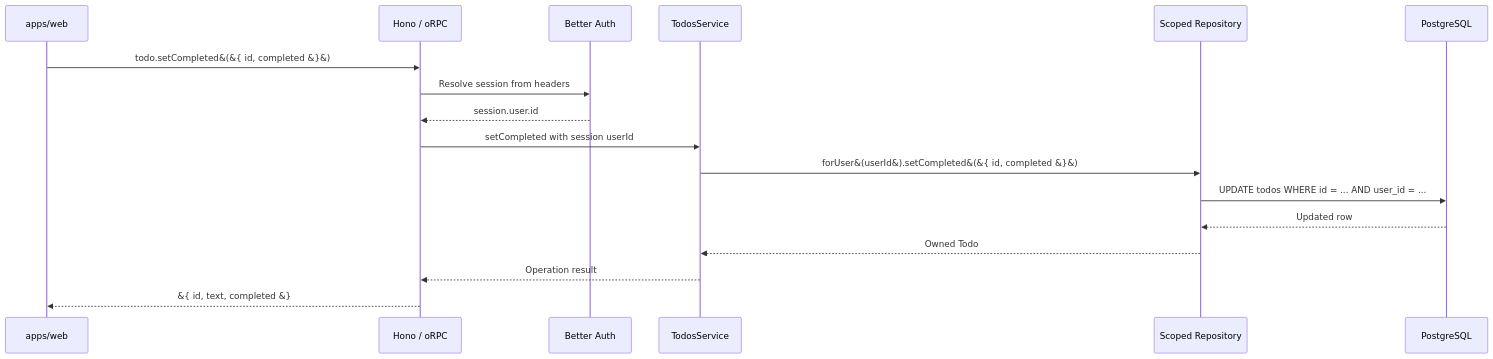
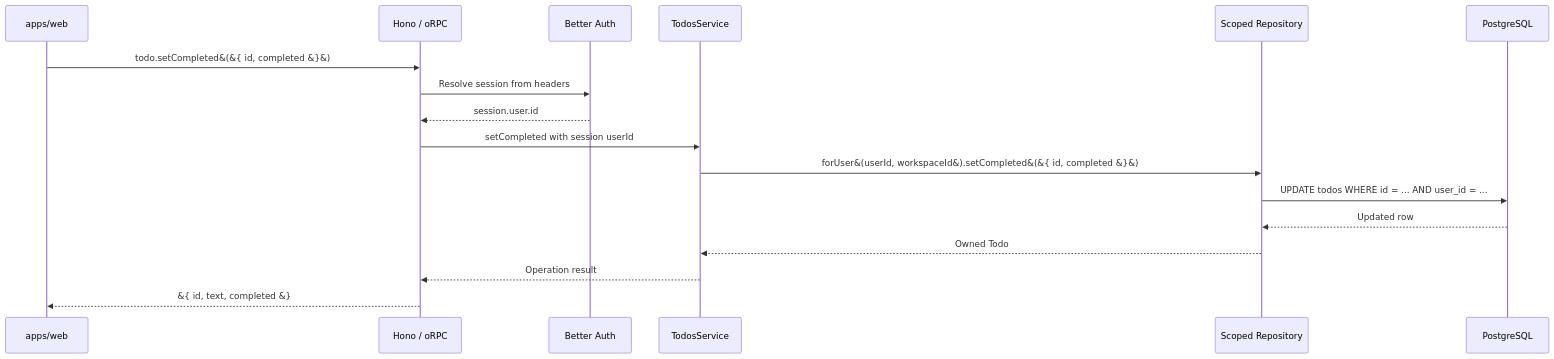
The second of 3 diagrams in docs/development.md (ShawnDen-coder/full-stack-example), drawn with Mermaid before and after one commit. The commit also changed other lines of this file and 37 other files, not shown here.

````diff
--- a/docs/development.md
+++ b/docs/development.md
@@ -50,19 +50,19 @@
 ```mermaid
 sequenceDiagram
   participant web as apps/web
   participant api as Hono / oRPC
   participant auth as Better Auth
   participant service as TodosService
   participant repo as Scoped Repository
   participant postgres as PostgreSQL
   web->>api: todo.setCompleted&#40;&#123; id, completed &#125;&#41;
   api->>auth: Resolve session from headers
   auth-->>api: session.user.id
   api->>service: setCompleted with session userId
-  service->>repo: forUser&#40;userId&#41;.setCompleted&#40;&#123; id, completed &#125;&#41;
+  service->>repo: forUser&#40;userId, workspaceId&#41;.setCompleted&#40;&#123; id, completed &#125;&#41;
   repo->>postgres: UPDATE todos WHERE id = ... AND user_id = ...
   postgres-->>repo: Updated row
   repo-->>service: Owned Todo
   service-->>api: Operation result
   api-->>web: &#123; id, text, completed &#125;
 ```
````
